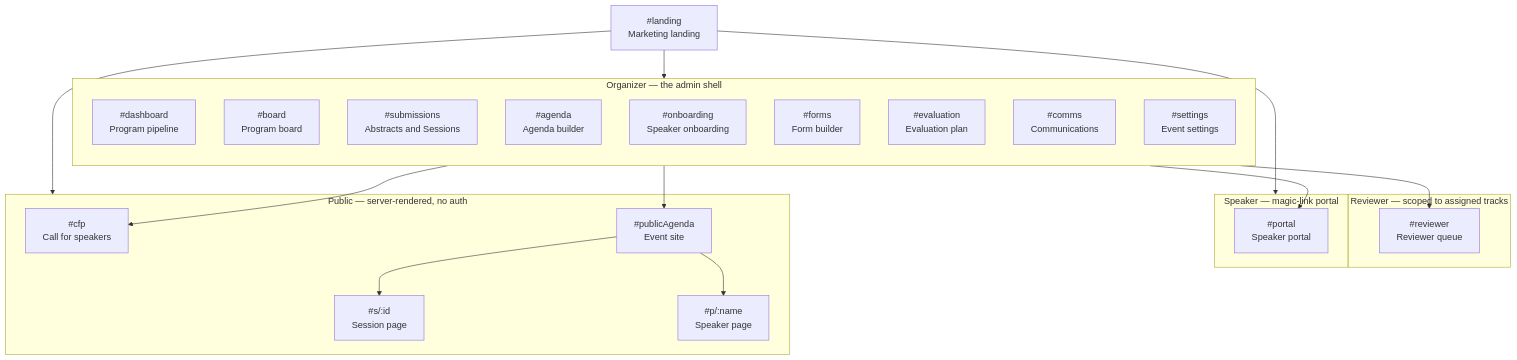
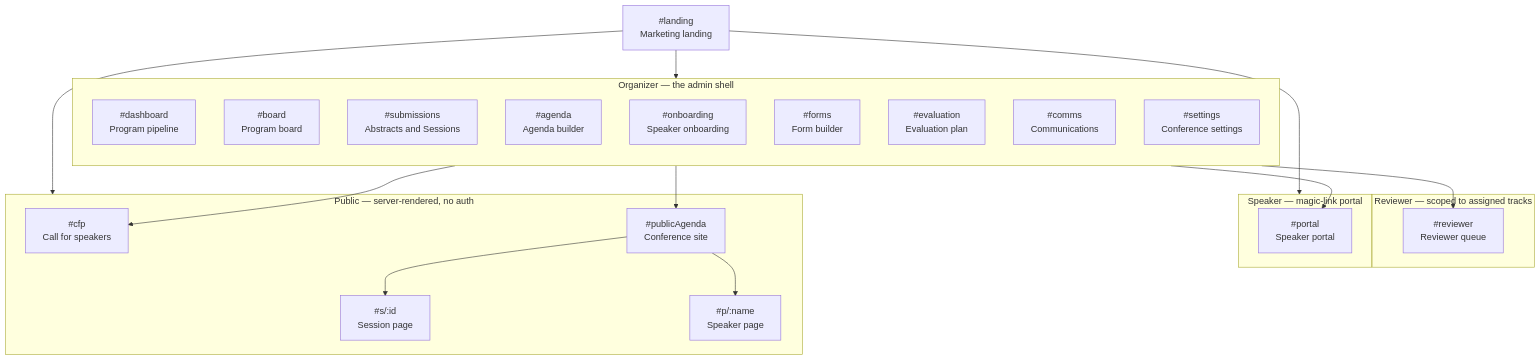
Before and after one commit to Stage-11-Agentics/marquee: the first of 6 diagrams in SITEMAP.md, drawn with Mermaid. The commit also changed other lines of this file and 2 other files, not shown here.

````diff
--- a/SITEMAP.md
+++ b/SITEMAP.md
@@ -15,43 +15,43 @@
 ```mermaid
 flowchart TD
   Landing["#landing<br/>Marketing landing"]
 
   Landing --> Organizer
   Landing --> Speaker
   Landing --> Public
 
   subgraph Organizer["Organizer — the admin shell"]
     direction TB
     Dash["#dashboard<br/>Program pipeline"]
     Board["#board<br/>Program board"]
     Subs["#submissions<br/>Abstracts and Sessions"]
     Agenda["#agenda<br/>Agenda builder"]
     Onboard["#onboarding<br/>Speaker onboarding"]
     Forms["#forms<br/>Form builder"]
     Eval["#evaluation<br/>Evaluation plan"]
     Comms["#comms<br/>Communications"]
-    Settings["#settings<br/>Event settings"]
+    Settings["#settings<br/>Conference settings"]
   end
 
   subgraph Reviewer["Reviewer — scoped to assigned tracks"]
     Queue["#reviewer<br/>Reviewer queue"]
   end
 
   subgraph Speaker["Speaker — magic-link portal"]
     Portal["#portal<br/>Speaker portal"]
   end
 
   subgraph Public["Public — server-rendered, no auth"]
     CFP["#cfp<br/>Call for speakers"]
-    Site["#publicAgenda<br/>Event site"]
+    Site["#publicAgenda<br/>Conference site"]
     Session["#s/:id<br/>Session page"]
     Person["#p/:name<br/>Speaker page"]
   end
 
   Eval --> Queue
   Forms --> CFP
   Agenda --> Site
   Site --> Session
   Site --> Person
   Onboard --> Portal
 ```
````
